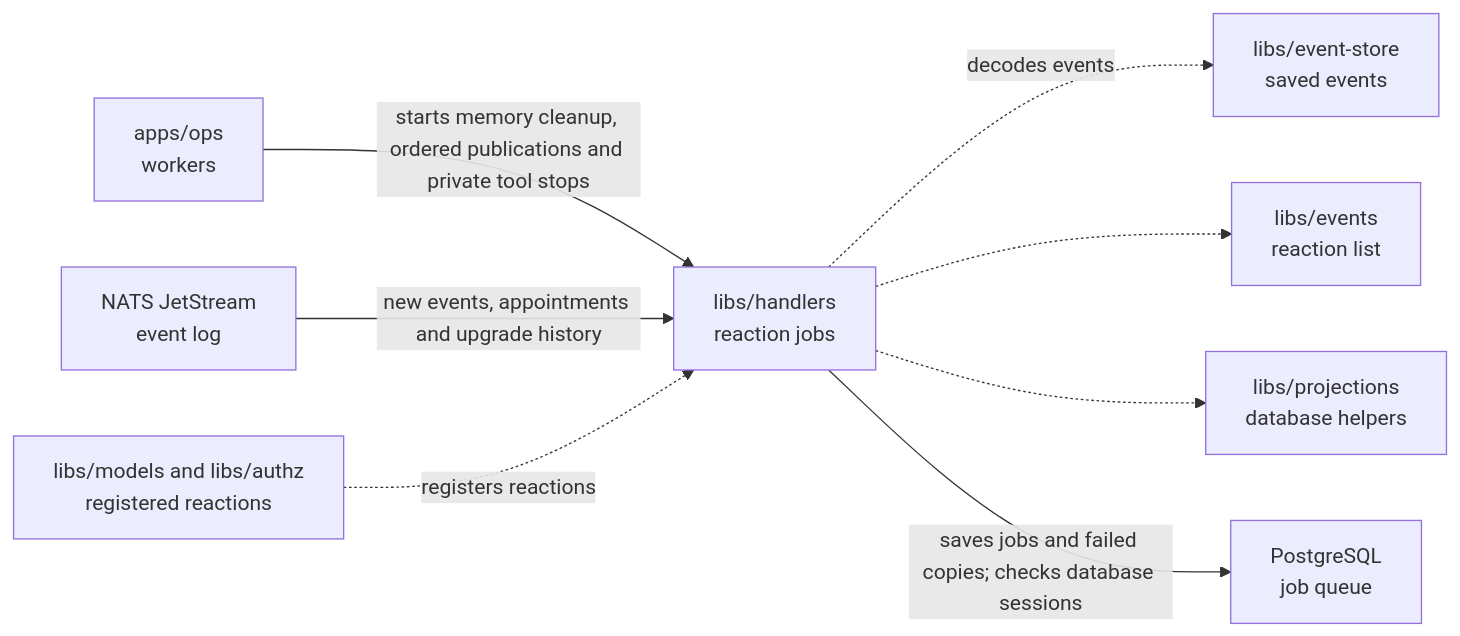
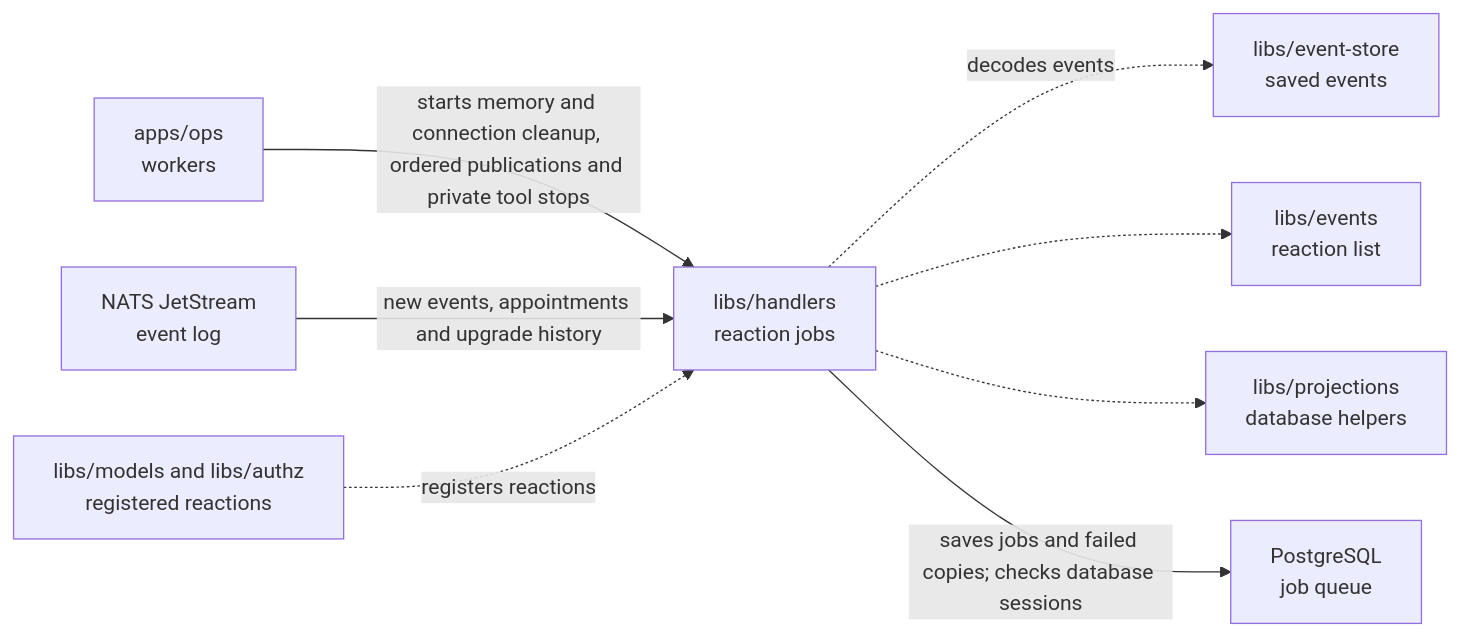
Before and after one commit to elewa-git/opencrane-new: the diagram in libs/handlers/README.md, drawn with Mermaid. The commit also changed other lines of this file and 19 other files, not shown here.

````diff
--- a/libs/handlers/README.md
+++ b/libs/handlers/README.md
@@ -28,10 +28,10 @@
 ```mermaid
 flowchart LR
-  ops["apps/ops<br/>workers"] -->|starts memory cleanup, ordered publications and private tool stops| handlers["libs/handlers<br/>reaction jobs"]
+  ops["apps/ops<br/>workers"] -->|starts memory and connection cleanup, ordered publications and private tool stops| handlers["libs/handlers<br/>reaction jobs"]
   nats["NATS JetStream<br/>event log"] -->|new events, appointments and upgrade history| handlers
   reactions["libs/models and libs/authz<br/>registered reactions"] -.->|registers reactions| handlers
   handlers -.->|decodes events| store["libs/event-store<br/>saved events"]
   handlers -.-> events["libs/events<br/>reaction list"]
   handlers -.-> projections["libs/projections<br/>database helpers"]
   handlers -->|saves jobs and failed copies; checks database sessions| pg["PostgreSQL<br/>job queue"]
 ```
````
